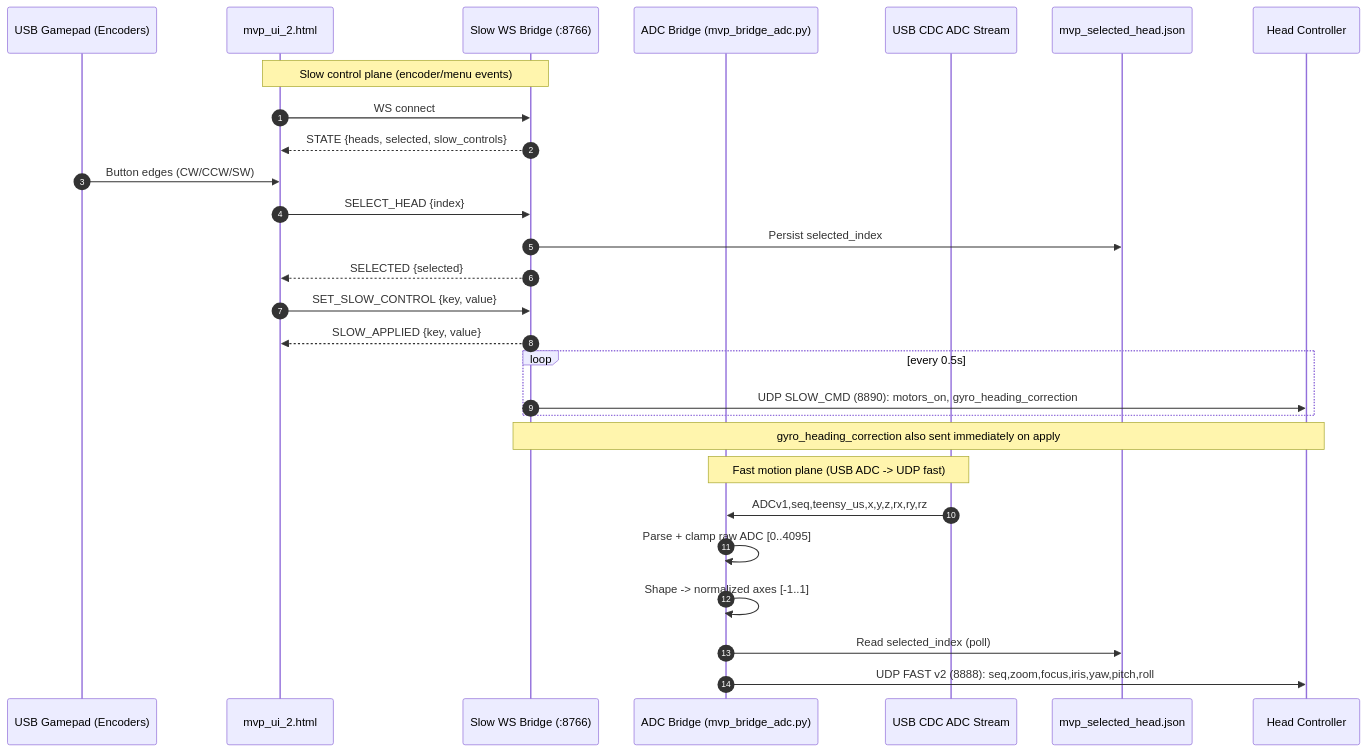
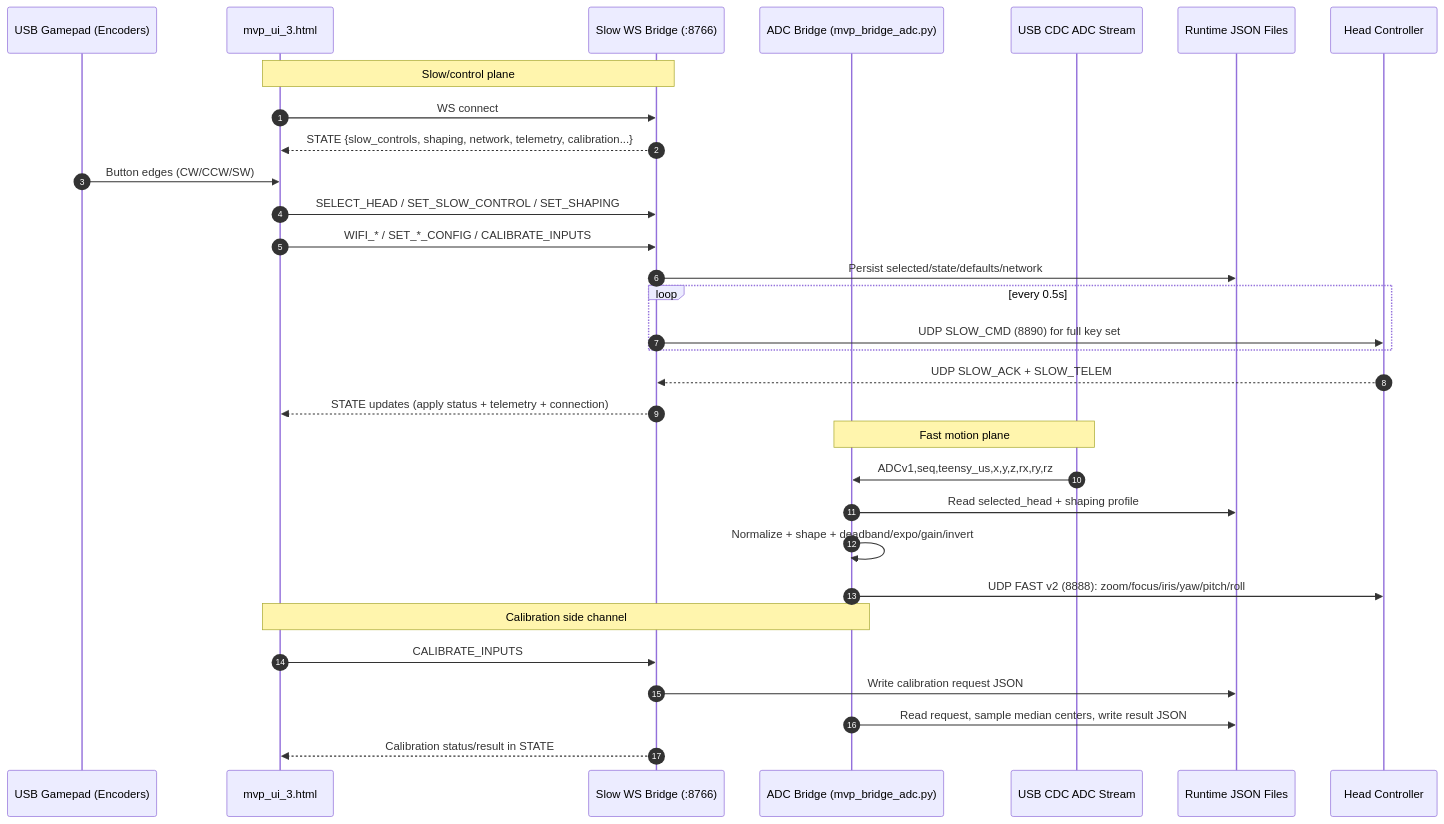
Before and after one commit to apbramah/cross_shore_dev: the diagram in apps/controller/CONTROLLER_SEQUENCE_ONE_PAGER.md, drawn with Mermaid. The commit also changed other lines of this file and 3 other files, not shown here.

````diff
--- a/apps/controller/CONTROLLER_SEQUENCE_ONE_PAGER.md
+++ b/apps/controller/CONTROLLER_SEQUENCE_ONE_PAGER.md
@@ -5,32 +5,36 @@
 ```mermaid
 sequenceDiagram
     autonumber
     participant GP as USB Gamepad (Encoders)
-    participant UI as mvp_ui_2.html
+    participant UI as mvp_ui_3.html
     participant SWS as Slow WS Bridge (:8766)
     participant FBridge as ADC Bridge (mvp_bridge_adc.py)
     participant CDC as USB CDC ADC Stream
-    participant HeadFile as mvp_selected_head.json
+    participant Files as Runtime JSON Files
     participant Head as Head Controller
 
-    Note over UI,SWS: Slow control plane (encoder/menu events)
+    Note over UI,SWS: Slow/control plane
     UI->>SWS: WS connect
-    SWS-->>UI: STATE {heads, selected, slow_controls}
+    SWS-->>UI: STATE {slow_controls, shaping, network, telemetry, calibration...}
     GP->>UI: Button edges (CW/CCW/SW)
-    UI->>SWS: SELECT_HEAD {index}
-    SWS->>HeadFile: Persist selected_index
-    SWS-->>UI: SELECTED {selected}
-    UI->>SWS: SET_SLOW_CONTROL {key, value}
-    SWS-->>UI: SLOW_APPLIED {key, value}
+    UI->>SWS: SELECT_HEAD / SET_SLOW_CONTROL / SET_SHAPING
+    UI->>SWS: WIFI_* / SET_*_CONFIG / CALIBRATE_INPUTS
+    SWS->>Files: Persist selected/state/defaults/network
     loop every 0.5s
-      SWS->>Head: UDP SLOW_CMD (8890): motors_on, gyro_heading_correction
+      SWS->>Head: UDP SLOW_CMD (8890) for full key set
     end
-    Note over SWS,Head: gyro_heading_correction also sent immediately on apply
+    Head-->>SWS: UDP SLOW_ACK + SLOW_TELEM
+    SWS-->>UI: STATE updates (apply status + telemetry + connection)
 
-    Note over CDC,FBridge: Fast motion plane (USB ADC -> UDP fast)
+    Note over CDC,FBridge: Fast motion plane
     CDC->>FBridge: ADCv1,seq,teensy_us,x,y,z,rx,ry,rz
-    FBridge->>FBridge: Parse + clamp raw ADC [0..4095]
-    FBridge->>FBridge: Shape -> normalized axes [-1..1]
-    FBridge->>HeadFile: Read selected_index (poll)
-    FBridge->>Head: UDP FAST v2 (8888): seq,zoom,focus,iris,yaw,pitch,roll
+    FBridge->>Files: Read selected_head + shaping profile
+    FBridge->>FBridge: Normalize + shape + deadband/expo/gain/invert
+    FBridge->>Head: UDP FAST v2 (8888): zoom/focus/iris/yaw/pitch/roll
+
+    Note over UI,FBridge: Calibration side channel
+    UI->>SWS: CALIBRATE_INPUTS
+    SWS->>Files: Write calibration request JSON
+    FBridge->>Files: Read request, sample median centers, write result JSON
+    SWS-->>UI: Calibration status/result in STATE
 ```
````
